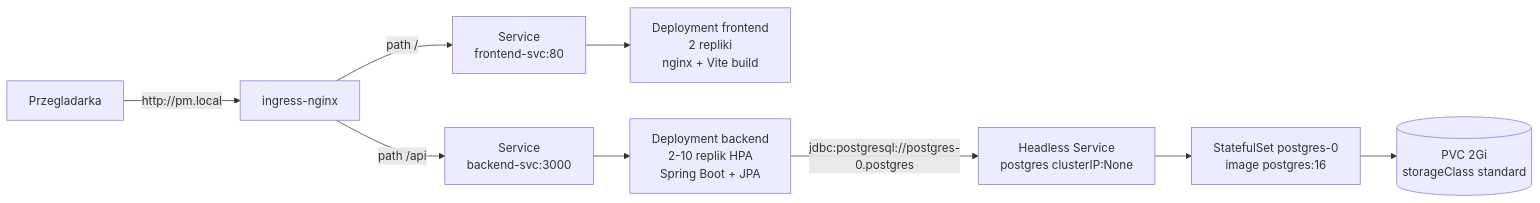
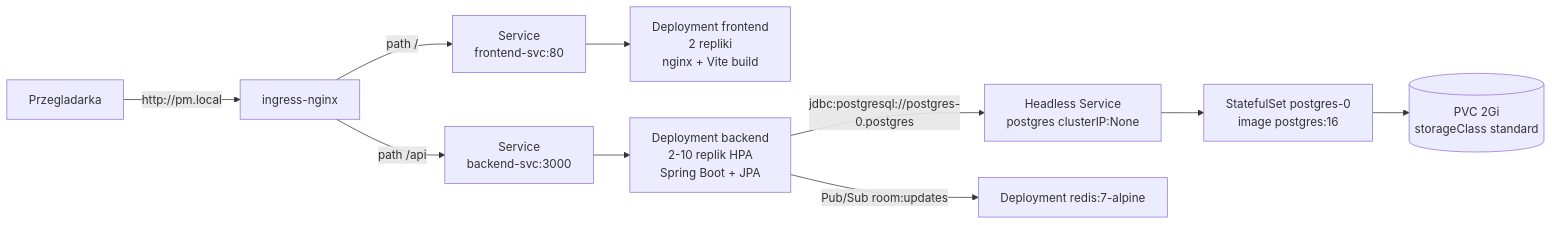
The diagram in README.md (WojciechGalant1/categories-game), drawn with Mermaid before and after one commit. The commit also changed other lines of this file and 23 other files, not shown here.

Commit message:
Implement WebSocket support for real-time room state updates and integrate Redis for backend synchronization. Update README and OpenAPI. Remove polling hooks in frontend, replacing them with WebSocket connections for improved performance and responsiveness.

````diff
--- a/README.md
+++ b/README.md
@@ -7,11 +7,12 @@
 ```mermaid
 flowchart LR
     user[Przegladarka] -->|http://pm.local| ingress[ingress-nginx]
     ingress -->|path /| feSvc[Service<br/>frontend-svc:80]
     ingress -->|path /api| beSvc[Service<br/>backend-svc:3000]
     feSvc --> feDep[Deployment frontend<br/>2 repliki<br/>nginx + Vite build]
     beSvc --> beDep[Deployment backend<br/>2-10 replik HPA<br/>Spring Boot + JPA]
     beDep -->|"jdbc:postgresql://postgres-0.postgres"| pgHl[Headless Service<br/>postgres clusterIP:None]
+    beDep -->|Pub/Sub room:updates| redis[Deployment redis:7-alpine]
     pgHl --> pgSs[StatefulSet postgres-0<br/>image postgres:16]
     pgSs --> pvc[(PVC 2Gi<br/>storageClass standard)]
 ```
````
